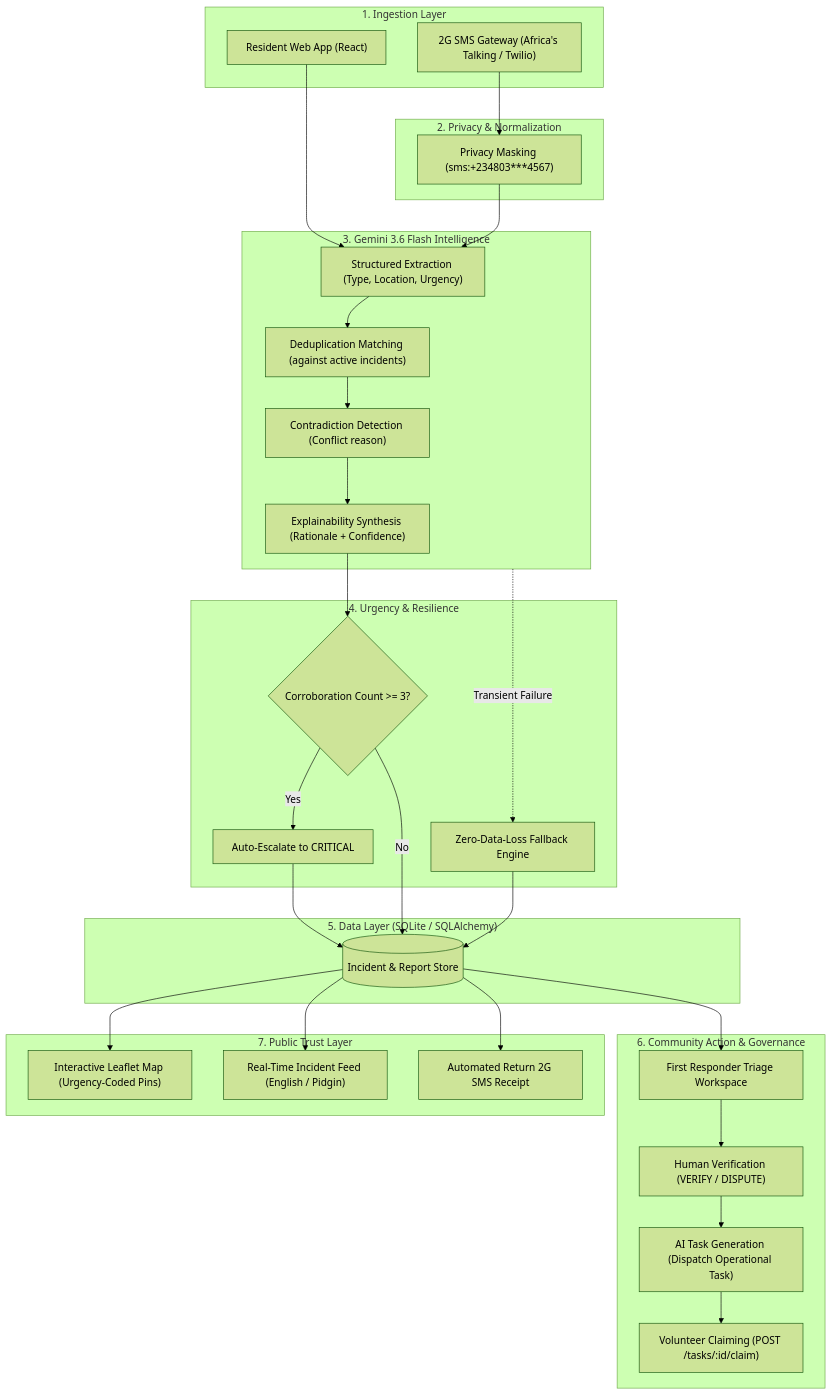
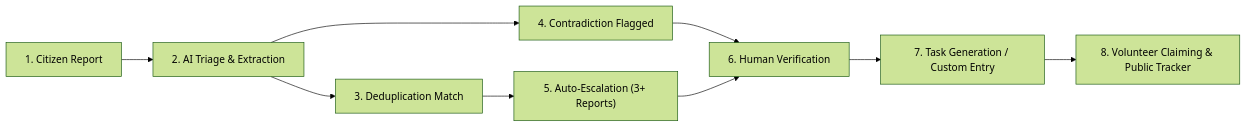
One commit to Damianson/anya changed the diagram in README.md. Above: the diagram before and after it, drawn with Mermaid (forest theme). The commit also changed other lines of this file, not shown here.

````diff
--- a/README.md
+++ b/README.md
@@ -52,54 +40,11 @@
 ```mermaid
-flowchart TD
-    subgraph INGESTION ["1. Ingestion Layer"]
-        A1["Resident Web App (React)"]
-        A2["2G SMS Gateway (Africa's Talking / Twilio)"]
-    end
-
-    subgraph SECURITY ["2. Privacy & Normalization"]
-        B1["Privacy Masking (sms:+234803***4567)"]
-    end
-
-    subgraph AI_PIPELINE ["3. Gemini 3.6 Flash Intelligence"]
-        C1["Structured Extraction (Type, Location, Urgency)"]
-        C2["Deduplication Matching (against active incidents)"]
-        C3["Contradiction Detection (Conflict reason)"]
-        C4["Explainability Synthesis (Rationale + Confidence)"]
-    end
-
-    subgraph ESCALATION ["4. Urgency & Resilience"]
-        D1{"Corroboration Count >= 3?"}
-        D2["Auto-Escalate to CRITICAL"]
-        D3["Zero-Data-Loss Fallback Engine"]
-    end
-
-    subgraph STORAGE ["5. Data Layer (SQLite / SQLAlchemy)"]
-        E1[("Incident & Report Store")]
-    end
-
-    subgraph GOVERNANCE ["6. Community Action & Governance"]
-        F1["First Responder Triage Workspace"]
-        F2["Human Verification (VERIFY / DISPUTE)"]
-        F3["AI Task Generation (Dispatch Operational Task)"]
-        F4["Volunteer Claiming (POST /tasks/:id/claim)"]
-    end
-
-    subgraph PUBLIC ["7. Public Trust Layer"]
-        G1["Interactive Leaflet Map (Urgency-Coded Pins)"]
-        G2["Real-Time Incident Feed (English / Pidgin)"]
-        G3["Automated Return 2G SMS Receipt"]
-    end
-
-    A1 --> C1
-    A2 --> B1 --> C1
-    C1 --> C2 --> C3 --> C4
-    C4 --> D1
-    D1 -- Yes --> D2 --> E1
-    D1 -- No --> E1
-    AI_PIPELINE -. Transient Failure .-> D3 --> E1
-
-    E1 --> F1 --> F2 --> F3 --> F4
-    E1 --> G1
-    E1 --> G2
-    E1 --> G3
+flowchart LR
+    A["1. Citizen Report"] --> B["2. AI Triage & Extraction"]
+    B --> C["3. Deduplication Match"]
+    B --> D["4. Contradiction Flagged"]
+    C --> E["5. Auto-Escalation (3+ Reports)"]
+    D --> F["6. Human Verification"]
+    E --> F
+    F --> G["7. Task Generation / Custom Entry"]
+    G --> H["8. Volunteer Claiming & Public Tracker"]
 ```
````
